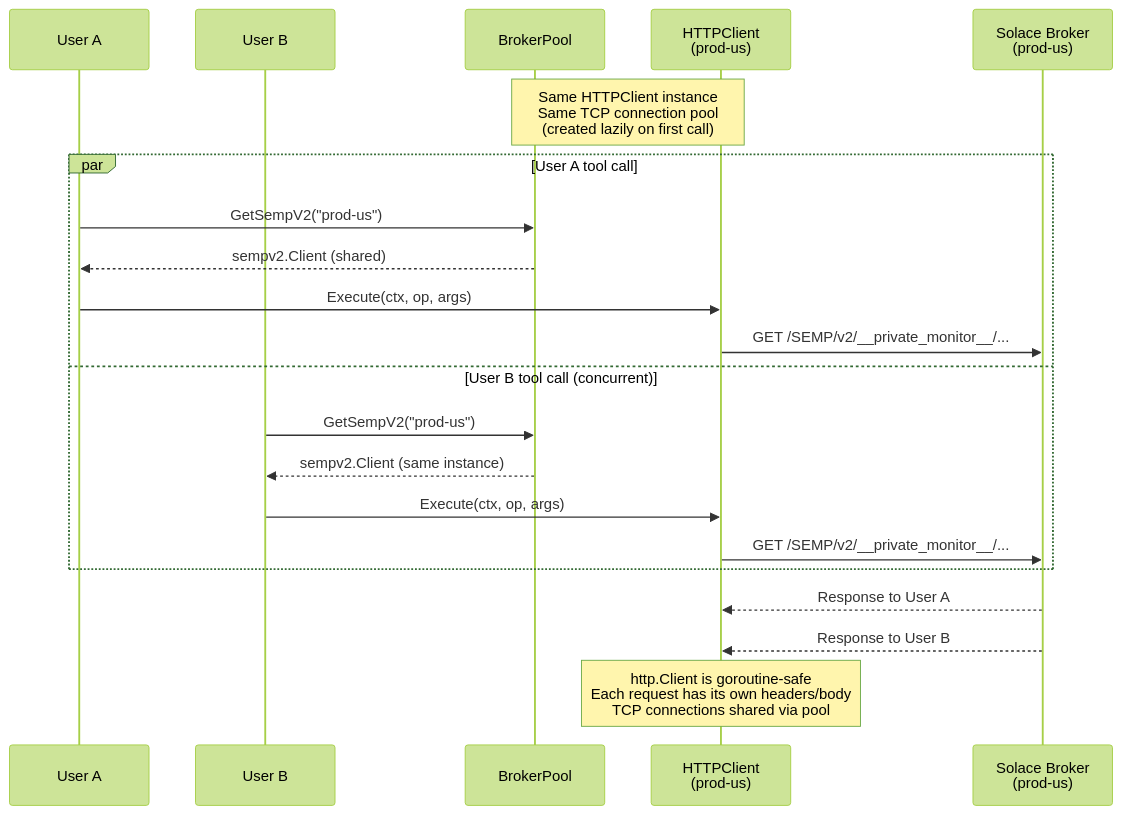
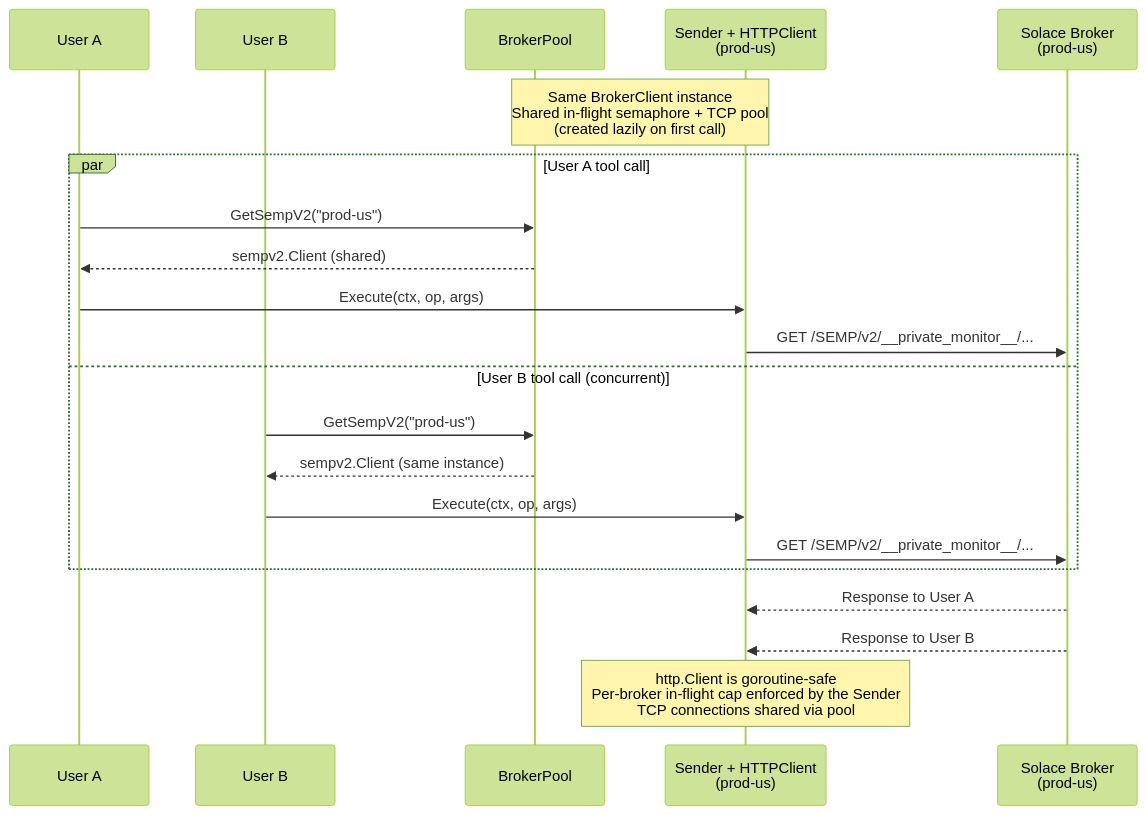
One commit to SolaceProducts/solace-broker-mcp changed the fifth of 6 diagrams in docs/internal/architecture.md. Above: the diagram before and after it, drawn with Mermaid (forest theme). The commit also changed other lines of this file, not shown here.

First line of the commit message:
SOL-150695: Reconcile architecture doc with implemented layers

````diff
--- a/docs/internal/architecture.md
+++ b/docs/internal/architecture.md
@@ -156,27 +350,27 @@
 ```mermaid
 sequenceDiagram
     participant A as User A
     participant B as User B
     participant Pool as BrokerPool
-    participant HC as HTTPClient<br/>(prod-us)
+    participant HC as Sender + HTTPClient<br/>(prod-us)
     participant Broker as Solace Broker<br/>(prod-us)
 
-    Note over Pool,HC: Same HTTPClient instance<br/>Same TCP connection pool<br/>(created lazily on first call)
+    Note over Pool,HC: Same BrokerClient instance<br/>Shared in-flight semaphore + TCP pool<br/>(created lazily on first call)
 
     par User A tool call
         A->>Pool: GetSempV2("prod-us")
         Pool-->>A: sempv2.Client (shared)
         A->>HC: Execute(ctx, op, args)
         HC->>Broker: GET /SEMP/v2/__private_monitor__/...
     and User B tool call (concurrent)
         B->>Pool: GetSempV2("prod-us")
         Pool-->>B: sempv2.Client (same instance)
         B->>HC: Execute(ctx, op, args)
         HC->>Broker: GET /SEMP/v2/__private_monitor__/...
     end
 
     Broker-->>HC: Response to User A
     Broker-->>HC: Response to User B
 
-    Note over HC: http.Client is goroutine-safe<br/>Each request has its own headers/body<br/>TCP connections shared via pool
+    Note over HC: http.Client is goroutine-safe<br/>Per-broker in-flight cap enforced by the Sender<br/>TCP connections shared via pool
 ```
````
